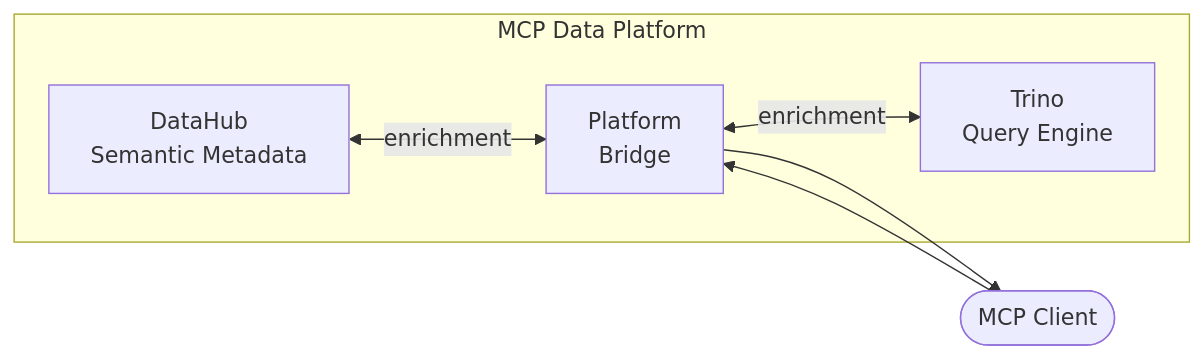
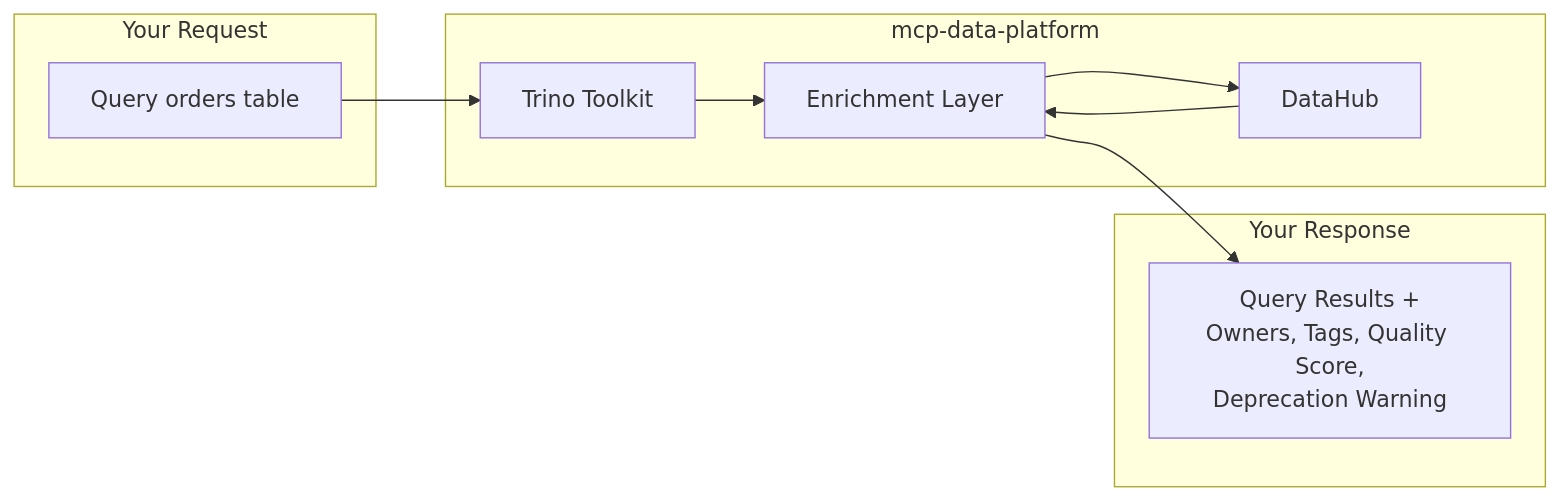
Before and after one commit to txn2/mcp-data-platform: the diagram in docs/index.md, drawn with Mermaid. The commit also changed other lines of this file and 7 other files, not shown here.

````diff
--- a/docs/index.md
+++ b/docs/index.md
@@ -45,14 +98,22 @@
 ```mermaid
 graph LR
-    subgraph "MCP Data Platform"
-        DataHub[DataHub<br/>Semantic Metadata]
-        Platform[Platform<br/>Bridge]
-        Trino[Trino<br/>Query Engine]
-
-        DataHub <-->|"enrichment"| Platform
-        Platform <-->|"enrichment"| Trino
+    subgraph "Your Request"
+        Q[Query orders table]
     end
 
-    Client([MCP Client]) --> Platform
-    Platform --> Client
+    subgraph "mcp-data-platform"
+        T[Trino Toolkit]
+        E[Enrichment Layer]
+        D[DataHub]
+    end
+
+    subgraph "Your Response"
+        R[Query Results +<br/>Owners, Tags, Quality Score,<br/>Deprecation Warning]
+    end
+
+    Q --> T
+    T --> E
+    E --> D
+    D --> E
+    E --> R
 ```
````
